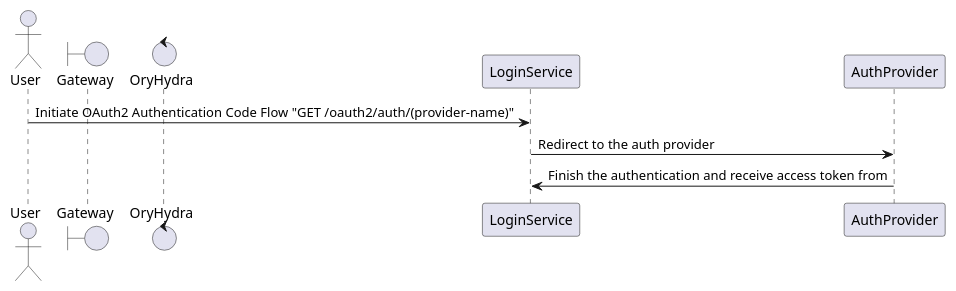
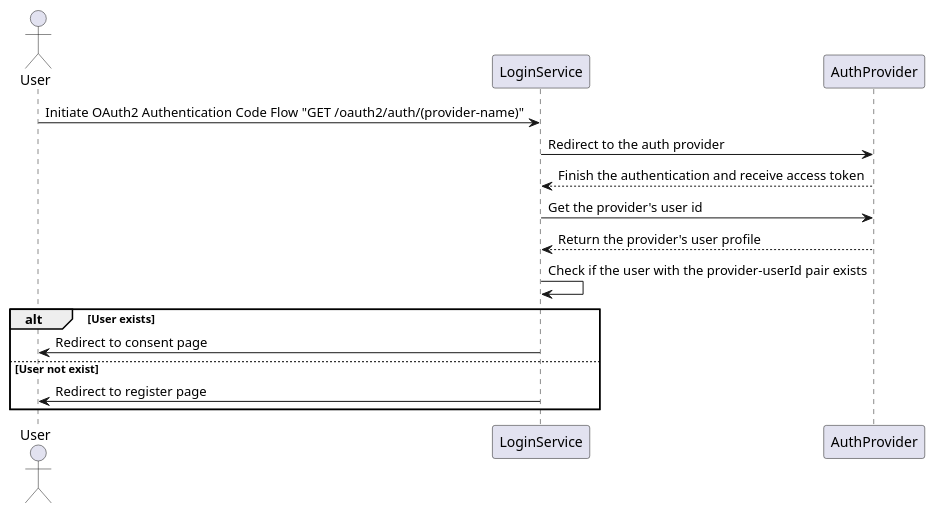
Before and after one commit to alices-wonderland/doorknob: the fifth of 6 diagrams in docs/docs/design.md, drawn with PlantUML. The commit also changed other lines of this file, not shown here.

Commit message:
Social login detail

```diff
--- a/docs/docs/design.md
+++ b/docs/docs/design.md
@@ -140,8 +140,14 @@
 @startuml
 actor User
-boundary Gateway
-control OryHydra
 User -> LoginService: Initiate OAuth2 Authentication Code Flow "GET /oauth2/auth/(provider-name)"
 LoginService -> AuthProvider: Redirect to the auth provider
-AuthProvider -> LoginService: Finish the authentication and receive access token from
+AuthProvider --> LoginService: Finish the authentication and receive access token
+LoginService -> AuthProvider: Get the provider's user id
+AuthProvider --> LoginService: Return the provider's user profile
+LoginService -> LoginService: Check if the user with the provider-userId pair exists
+alt User exists
+  LoginService -> User: Redirect to consent page
+else User not exist
+  LoginService -> User: Redirect to register page
+end
 @enduml
```
